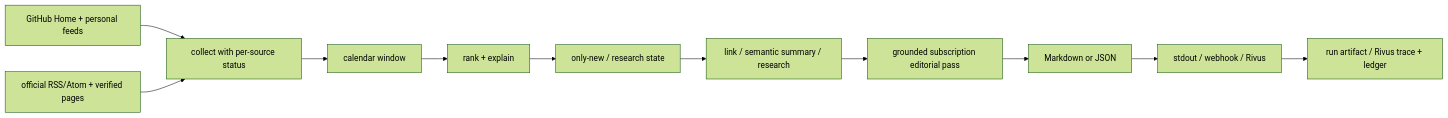
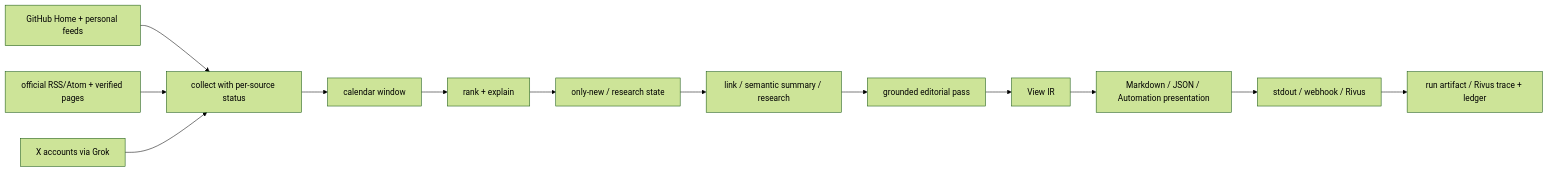
One commit to PerfectPan/rss-summary changed the diagram in docs/architecture.md. Above: the diagram before and after it, drawn with Mermaid (forest theme). The commit also changed other lines of this file and 522 other files, not shown here.

````diff
--- a/docs/architecture.md
+++ b/docs/architecture.md
@@ -20,13 +128,15 @@
 ```mermaid
 flowchart LR
   Personal["GitHub Home + personal feeds"] --> Collect["collect with per-source status"]
   Official["official RSS/Atom + verified pages"] --> Collect
+  X["X accounts via Grok"] --> Collect
   Collect --> Window["calendar window"]
   Window --> Rank["rank + explain"]
   Rank --> State["only-new / research state"]
   State --> Depth["link / semantic summary / research"]
-  Depth --> Edit["grounded subscription editorial pass"]
-  Edit --> Render["Markdown or JSON"]
+  Depth --> Edit["grounded editorial pass"]
+  Edit --> View["View IR"]
+  View --> Render["Markdown / JSON / Automation presentation"]
   Render --> Delivery["stdout / webhook / Rivus"]
   Delivery --> Audit["run artifact / Rivus trace + ledger"]
 ```
````
